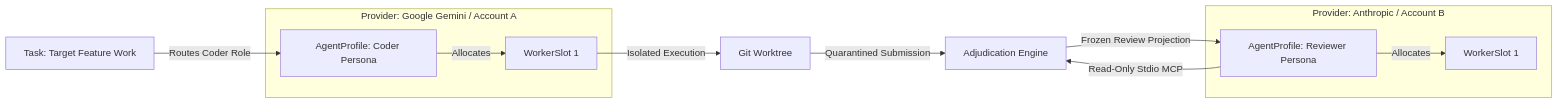
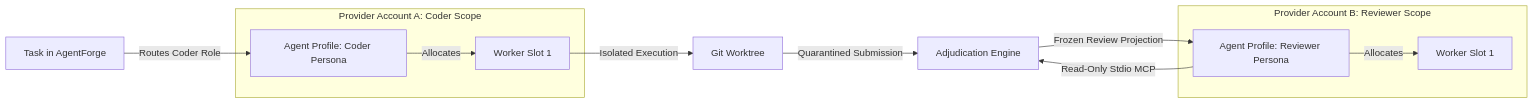
One commit to thanhtuyen662002/Agent-Forge changed the third of 3 diagrams in docs/R5L_PRODUCTION_TRIAL_PLAN.md. Above: the diagram before and after it, drawn with Mermaid. The commit also changed other lines of this file, not shown here.

First line of the commit message:
docs(r5l0): align trial specification with repository contracts and reviewer authority

````diff
--- a/docs/R5L_PRODUCTION_TRIAL_PLAN.md
+++ b/docs/R5L_PRODUCTION_TRIAL_PLAN.md
@@ -153,21 +212,21 @@
 ```mermaid
 graph LR
-    subgraph Provider A [Provider: Google Gemini / Account A]
-        CoderProfile[AgentProfile: Coder Persona]
-        WorkerSlotA[WorkerSlot 1]
+    subgraph Account_A [Provider Account A: Coder Scope]
+        CoderProfile[Agent Profile: Coder Persona]
+        WorkerSlotA[Worker Slot 1]
     end
 
-    subgraph Provider B [Provider: Anthropic / Account B]
-        ReviewerProfile[AgentProfile: Reviewer Persona]
-        WorkerSlotB[WorkerSlot 1]
+    subgraph Account_B [Provider Account B: Reviewer Scope]
+        ReviewerProfile[Agent Profile: Reviewer Persona]
+        WorkerSlotB[Worker Slot 1]
     end
 
-    Task[Task: Target Feature Work] -->|Routes Coder Role| CoderProfile
+    Task[Task in AgentForge] -->|Routes Coder Role| CoderProfile
     CoderProfile -->|Allocates| WorkerSlotA
     WorkerSlotA -->|Isolated Execution| Worktree[Git Worktree]
 
     Worktree -->|Quarantined Submission| Adjudication[Adjudication Engine]
     Adjudication -->|Frozen Review Projection| ReviewerProfile
     ReviewerProfile -->|Allocates| WorkerSlotB
     ReviewerProfile -->|Read-Only Stdio MCP| Adjudication
 ```
````
